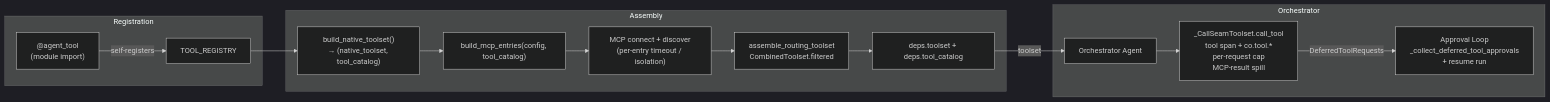
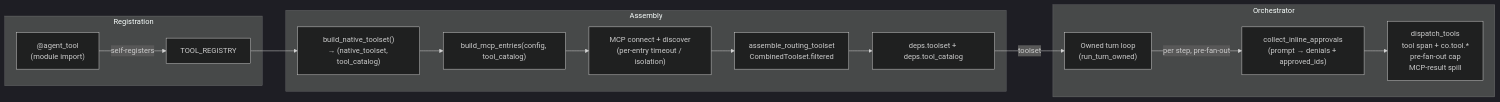
One commit to binlecode/co-cli changed the diagram in docs/specs/tools.md. Above: the diagram before and after it, drawn with Mermaid (dark theme). The commit also changed other lines of this file and 20 other files, not shown here.

````diff
--- a/docs/specs/tools.md
+++ b/docs/specs/tools.md
@@ -7,18 +7,18 @@
 ```mermaid
 graph LR
     subgraph Registration
         A["@agent_tool\n(module import)"] -->|"self-registers"| B["TOOL_REGISTRY"]
     end
     subgraph Assembly
         B --> C1["build_native_toolset()\n→ (native_toolset, tool_catalog)"]
         C1 --> C2["build_mcp_entries(config, tool_catalog)"]
         C2 --> C3["MCP connect + discover\n(per-entry timeout / isolation)"]
         C3 --> C4["assemble_routing_toolset\nCombinedToolset.filtered"]
         C4 --> D["deps.toolset + deps.tool_catalog"]
     end
     subgraph Orchestrator
-        D -->|"toolset"| E["Orchestrator Agent"]
-        E --> F["_CallSeamToolset.call_tool\ntool span + co.tool.*\nper-request cap\nMCP-result spill"]
-        F -->|"DeferredToolRequests"| G["Approval Loop\n_collect_deferred_tool_approvals\n+ resume run"]
+        D -->|"toolset"| E["Owned turn loop\n(run_turn_owned)"]
+        E -->|"per step, pre-fan-out"| G["collect_inline_approvals\n(prompt → denials + approved_ids)"]
+        G --> F["dispatch_tools\ntool span + co.tool.*\npre-fan-out cap\nMCP-result spill"]
     end
 ```
````
